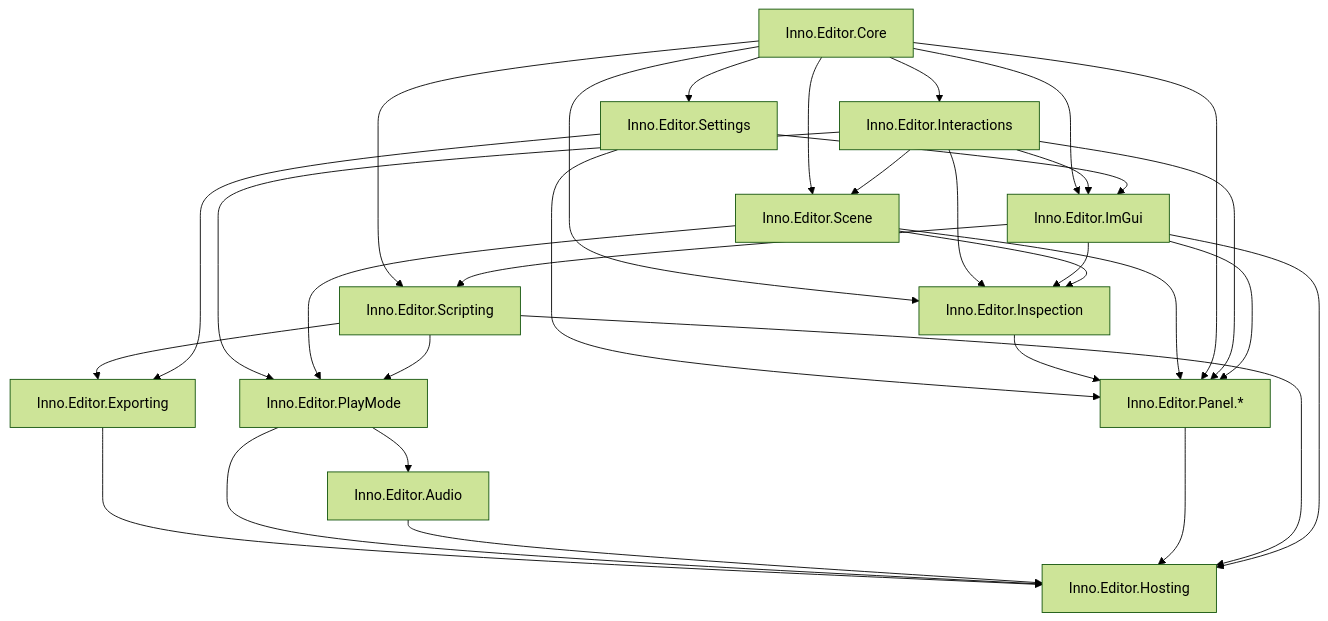
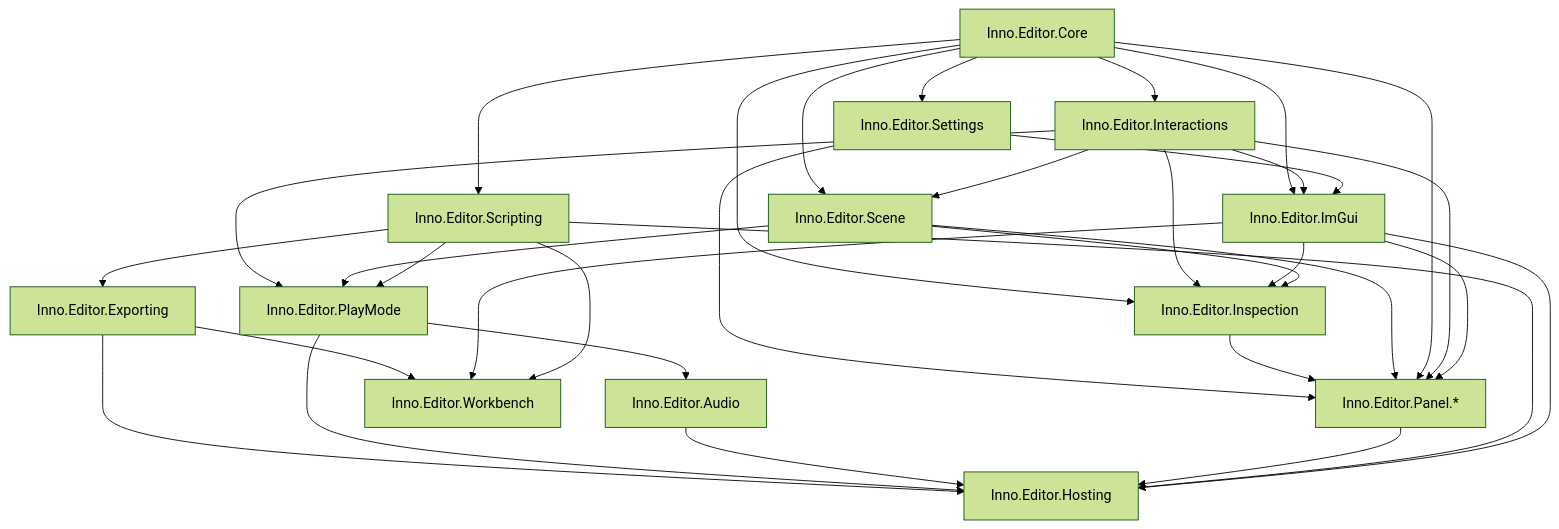
The diagram in docs/editor/README.md (Wolfiora/InnoEngine), drawn with Mermaid (forest theme) before and after one commit. The commit also changed other lines of this file and 413 other files, not shown here.

````diff
--- a/docs/editor/README.md
+++ b/docs/editor/README.md
@@ -41,34 +44,35 @@
 ```mermaid
 flowchart TD
     Core["Inno.Editor.Core"] --> Interactions["Inno.Editor.Interactions"]
     Core --> ImGui["Inno.Editor.ImGui"]
     Interactions --> ImGui
     Interactions --> PlayMode["Inno.Editor.PlayMode"]
     PlayMode --> Audio["Inno.Editor.Audio"]
     Core --> Inspection["Inno.Editor.Inspection"]
     Interactions --> Inspection
     ImGui --> Inspection
     Core --> Scene["Inno.Editor.Scene"]
     Interactions --> Scene
     Scene --> PlayMode
     Core --> Settings["Inno.Editor.Settings"]
     Settings --> ImGui
     Settings --> Panels
     Scene --> Inspection
     Inspection --> Panels
     Scene --> Panels["Inno.Editor.Panel.*"]
     Core --> Panels
     Interactions --> Panels
     ImGui --> Panels
     Core --> Scripting["Inno.Editor.Scripting"]
-    ImGui --> Scripting
     Scripting --> PlayMode
     Scripting --> Exporting["Inno.Editor.Exporting"]
-    Settings --> Exporting
+    Exporting --> Workbench["Inno.Editor.Workbench"]
+    ImGui --> Workbench
+    Scripting --> Workbench
     Exporting --> Application
     PlayMode --> Application
     Audio --> Application
     Panels --> Application["Inno.Editor.Hosting"]
     Scripting --> Application
     ImGui --> Application
 ```
````
